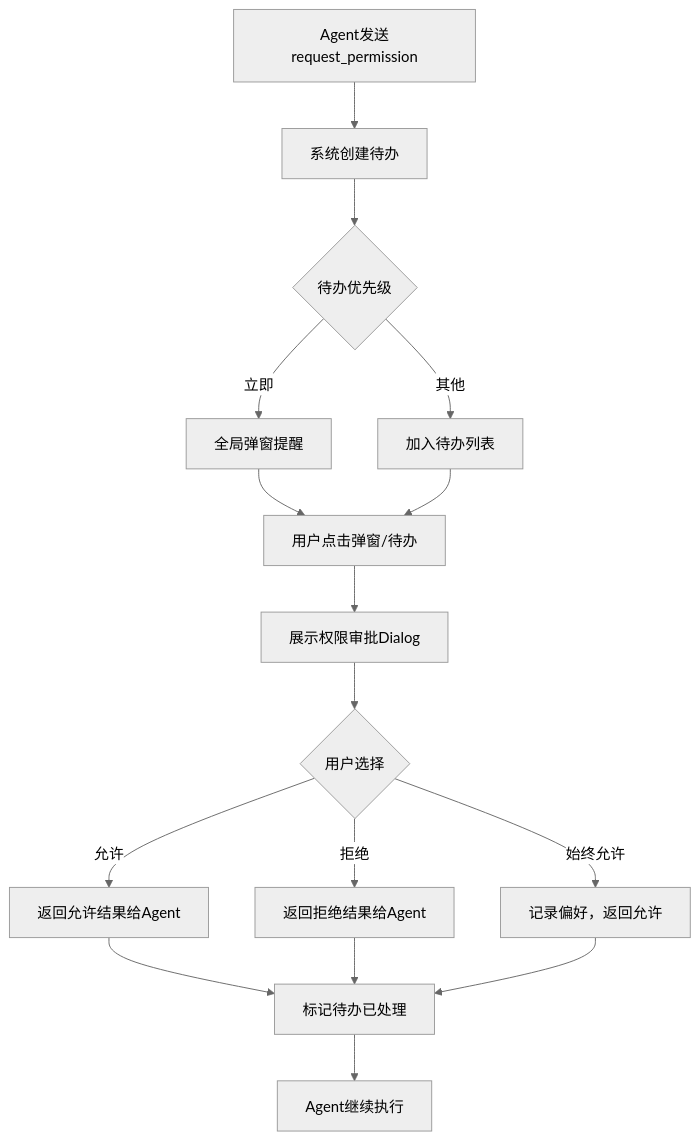
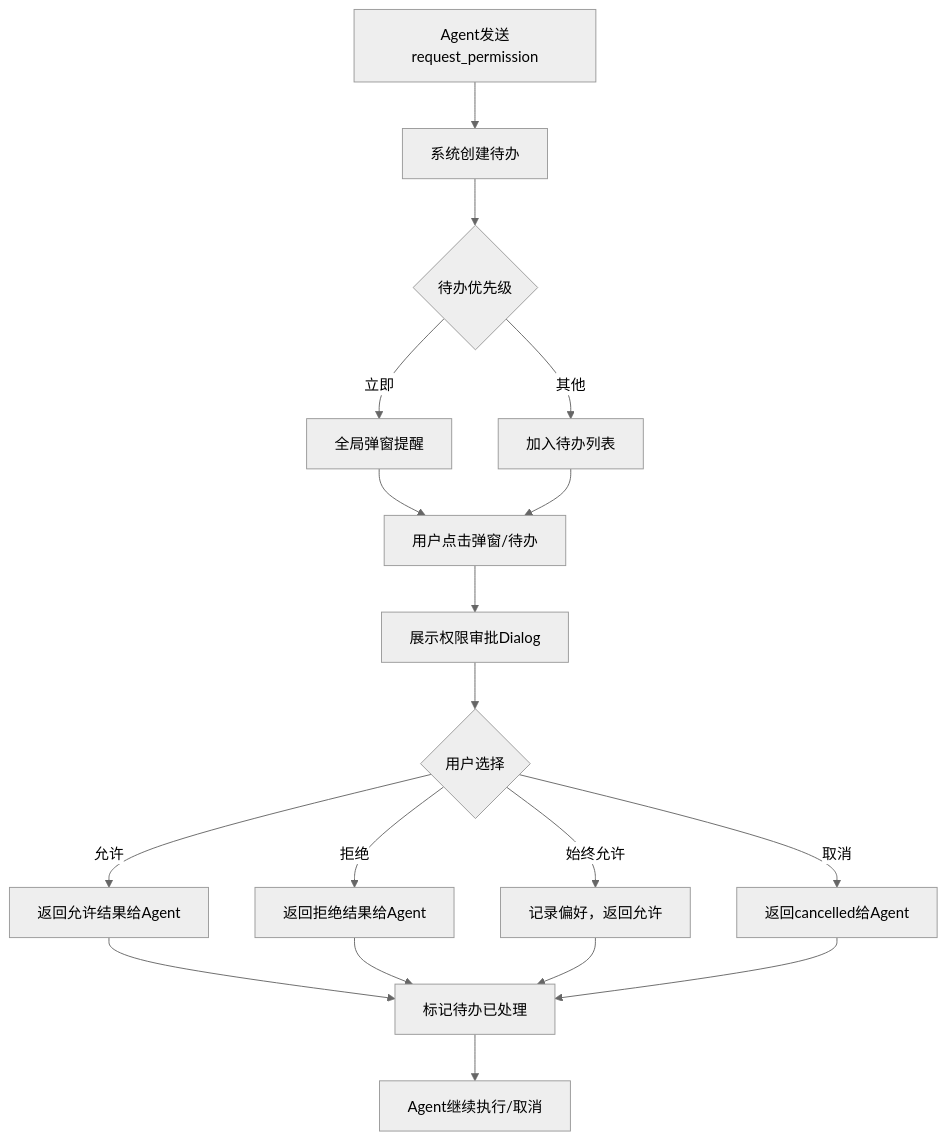
One commit to Deliay/z-agent-gear changed the fourth of 4 diagrams in docs/product/draft/20260528-acp-permission-reminder.md. Above: the diagram before and after it, drawn with Mermaid (neutral theme). The commit also changed other lines of this file, not shown here.

Commit message:
docs(product): add cancelled option to permission dialog
- Add 'cancel' button to permission dialog per ACP spec
- Update flowchart to include cancelled outcome
- Add edge case for prompt turn cancellation

````diff
--- a/docs/product/draft/20260528-acp-permission-reminder.md
+++ b/docs/product/draft/20260528-acp-permission-reminder.md
@@ -167,18 +168,20 @@
 ```mermaid
 flowchart TD
     A[Agent发送request_permission] --> B[系统创建待办]
     B --> C{待办优先级}
     C -->|立即| D[全局弹窗提醒]
     C -->|其他| E[加入待办列表]
     D --> F[用户点击弹窗/待办]
     E --> F
     F --> G[展示权限审批Dialog]
     G --> H{用户选择}
     H -->|允许| I[返回允许结果给Agent]
     H -->|拒绝| J[返回拒绝结果给Agent]
     H -->|始终允许| K[记录偏好，返回允许]
+    H -->|取消| N[返回cancelled给Agent]
     I --> L[标记待办已处理]
     J --> L
     K --> L
-    L --> M[Agent继续执行]
+    N --> L
+    L --> M[Agent继续执行/取消]
 ```
````
